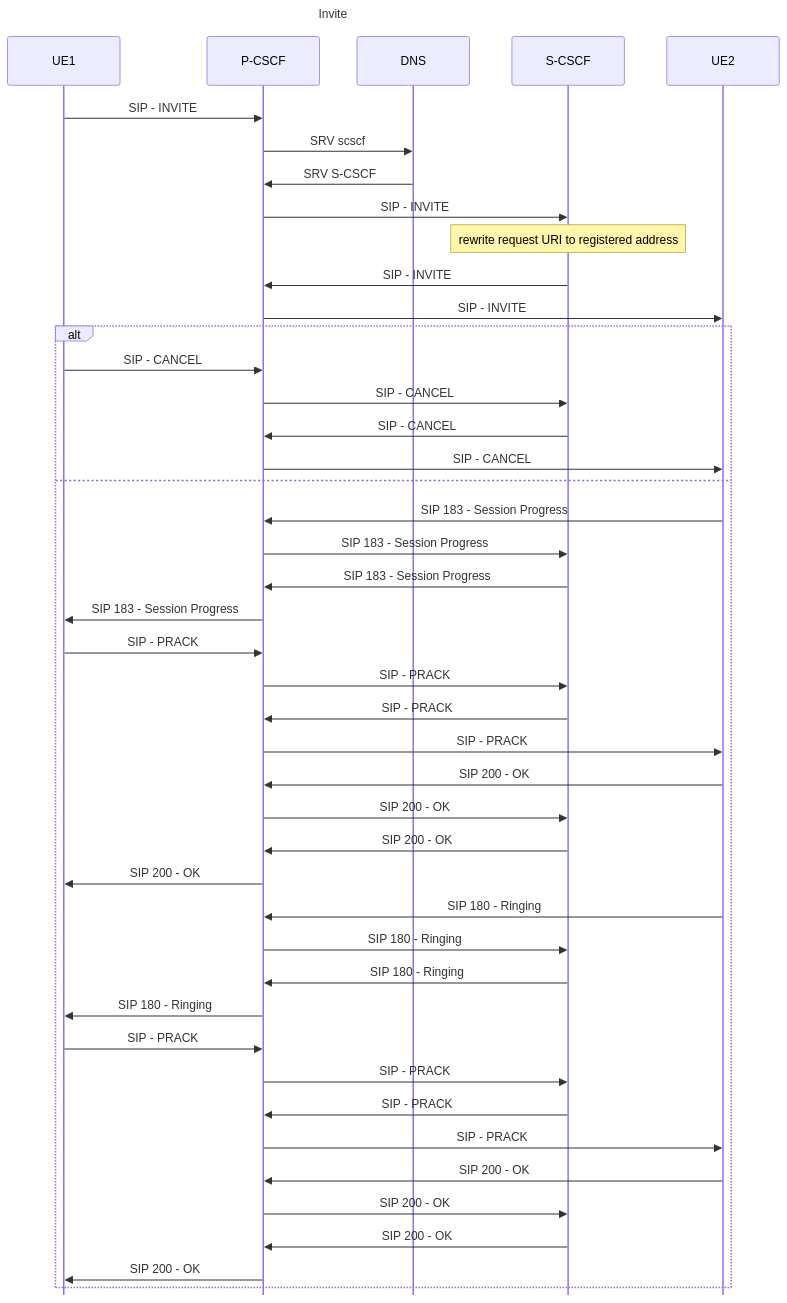
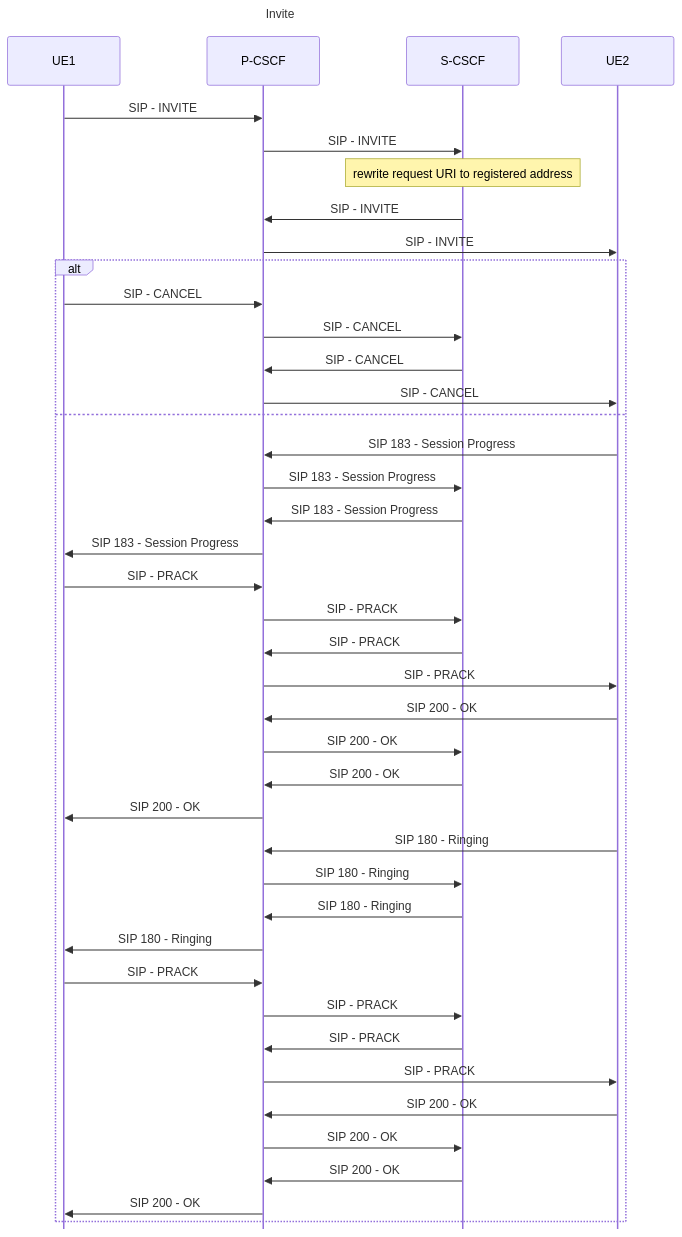
Before and after one commit to lyatanski/ims: the diagram in doc/invite.md, drawn with Mermaid.

Commit message:
remove dns for more readability

````diff
--- a/doc/invite.md
+++ b/doc/invite.md
@@ -1,46 +1,44 @@
 ```mermaid
 ---
 title: Invite
 config:
   mirrorActors: false
 ---
 sequenceDiagram
     UE1->>P-CSCF: SIP - INVITE
-    P-CSCF->>DNS: SRV scscf
-    DNS->>P-CSCF: SRV S-CSCF
     P-CSCF->>S-CSCF: SIP - INVITE
     Note over S-CSCF: rewrite request URI to registered address
     S-CSCF->>P-CSCF: SIP - INVITE
     P-CSCF->>UE2: SIP - INVITE
     alt
         UE1->>P-CSCF: SIP - CANCEL
         P-CSCF->>S-CSCF: SIP - CANCEL
         S-CSCF->>P-CSCF: SIP - CANCEL
         P-CSCF->>UE2: SIP - CANCEL
     else
         UE2->>P-CSCF: SIP 183 - Session Progress
         P-CSCF->>S-CSCF: SIP 183 - Session Progress
         S-CSCF->>P-CSCF: SIP 183 - Session Progress
         P-CSCF->>UE1: SIP 183 - Session Progress
         UE1->>P-CSCF: SIP - PRACK
         P-CSCF->>S-CSCF: SIP - PRACK
         S-CSCF->>P-CSCF: SIP - PRACK
         P-CSCF->>UE2: SIP - PRACK
         UE2->>P-CSCF: SIP 200 - OK
         P-CSCF->>S-CSCF: SIP 200 - OK
         S-CSCF->>P-CSCF: SIP 200 - OK
         P-CSCF->>UE1: SIP 200 - OK
         UE2->>P-CSCF: SIP 180 - Ringing
         P-CSCF->>S-CSCF: SIP 180 - Ringing
         S-CSCF->>P-CSCF: SIP 180 - Ringing
         P-CSCF->>UE1: SIP 180 - Ringing
         UE1->>P-CSCF: SIP - PRACK
         P-CSCF->>S-CSCF: SIP - PRACK
         S-CSCF->>P-CSCF: SIP - PRACK
         P-CSCF->>UE2: SIP - PRACK
         UE2->>P-CSCF: SIP 200 - OK
         P-CSCF->>S-CSCF: SIP 200 - OK
         S-CSCF->>P-CSCF: SIP 200 - OK
         P-CSCF->>UE1: SIP 200 - OK
     end
 ```
````
